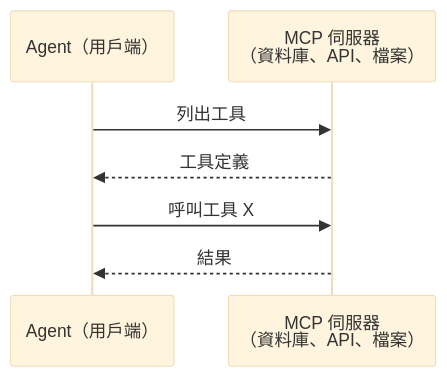
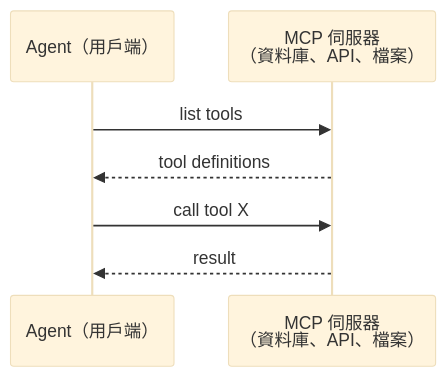
Before and after one commit to edward821220/ai-engineering-from-scratch: the second of 13 diagrams in i18n/zh-TW/phases/16-multi-agent-and-swarms/03-communication-protocols/docs/zh-TW.md, drawn with Mermaid (base theme). The commit also changed other lines of this file and 3 other files, not shown here.

Commit message:
fix(i18n): zh-TW p16 checker cleanup (mermaid edges + URL spans)

````diff
--- a/i18n/zh-TW/phases/16-multi-agent-and-swarms/03-communication-protocols/docs/zh-TW.md
+++ b/i18n/zh-TW/phases/16-multi-agent-and-swarms/03-communication-protocols/docs/zh-TW.md
@@ -56,10 +56,10 @@
 ```mermaid
 sequenceDiagram
     participant Agent as Agent（用戶端）
     participant MCP1 as MCP 伺服器<br/>（資料庫、API、檔案）
 
-    Agent->>MCP1: 列出工具
-    MCP1-->>Agent: 工具定義
-    Agent->>MCP1: 呼叫工具 X
-    MCP1-->>Agent: 結果
+    Agent->>MCP1: list tools
+    MCP1-->>Agent: tool definitions
+    Agent->>MCP1: call tool X
+    MCP1-->>Agent: result
 ```
````
